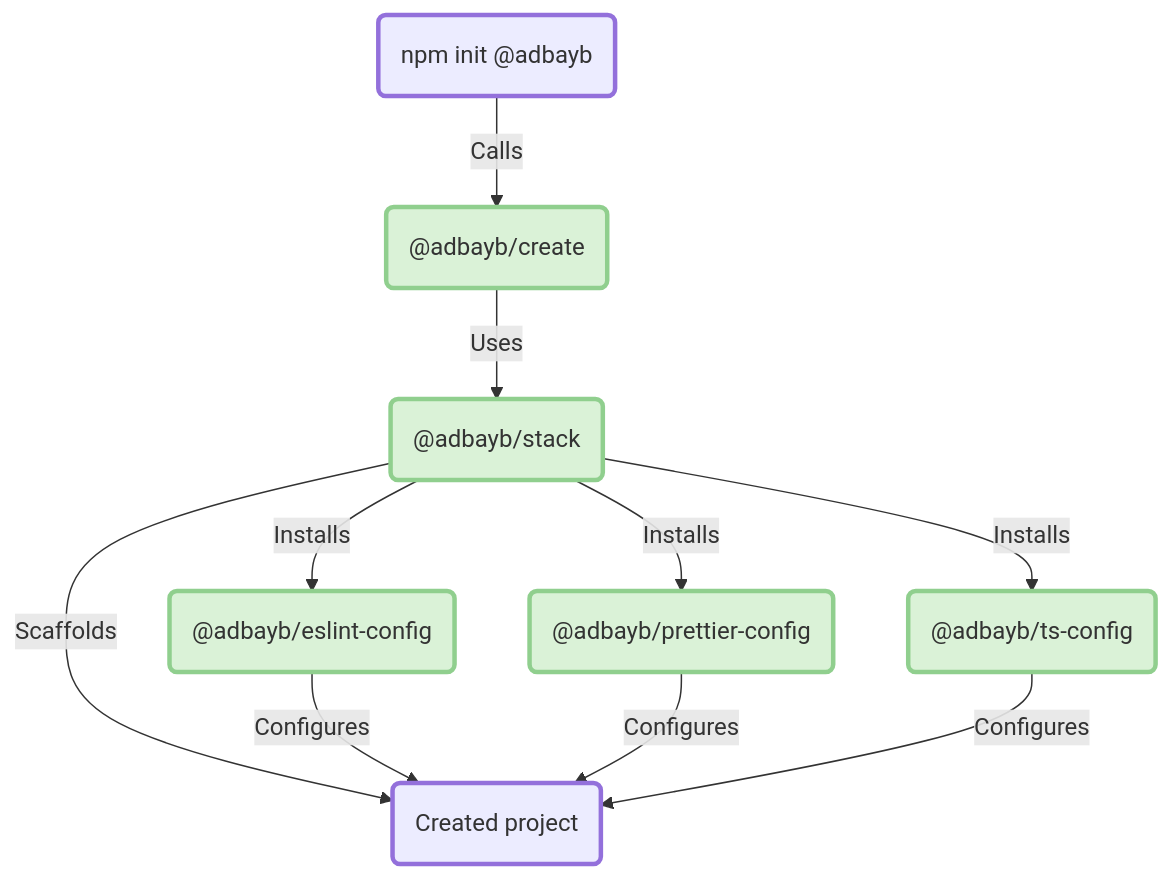
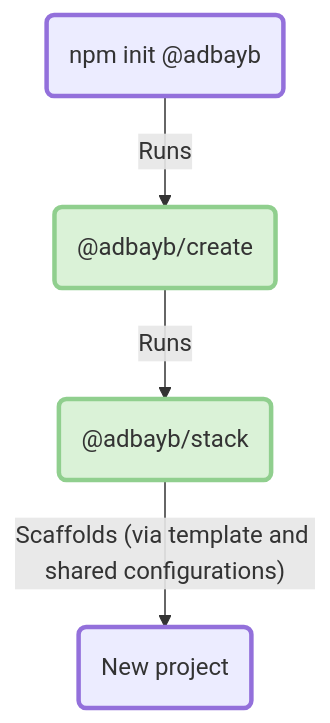
The diagram in applications/stack/README.md (adbayb/stack), drawn with Mermaid before and after one commit. The commit also changed 23 other files, not shown here.

````diff
--- a/applications/stack/README.md
+++ b/applications/stack/README.md
@@ -64,18 +64,9 @@
 ```mermaid
 flowchart TD
-    N("npm init @adbayb"):::strokeWidth -- Calls --> C("@adbayb/create"):::strokeWidth
-    C -- Uses --> S("@adbayb/stack"):::strokeWidth
-    S -- "Installs" --> EC("@adbayb/eslint-config"):::strokeWidth
-    S -- "Installs" --> PC("@adbayb/prettier-config"):::strokeWidth
-    S -- "Installs" --> TC("@adbayb/ts-config"):::strokeWidth
-    S -- "Scaffolds" --> P("Created project"):::strokeWidth
-    EC -- "Configures" --> P
-    PC -- "Configures" --> P
-    TC -- "Configures" --> P
+    N("npm init @adbayb"):::strokeWidth -- Runs --> C("@adbayb/create"):::strokeWidth
+    C -- Runs --> S("@adbayb/stack"):::strokeWidth
+    S -- "Scaffolds (via template and shared configurations)" --> P("New project"):::strokeWidth
     style C fill:#daf2d7,stroke:#90cf8e
     style S fill:#daf2d7,stroke:#90cf8e
-    style EC fill:#daf2d7,stroke:#90cf8e
-    style PC fill:#daf2d7,stroke:#90cf8e
-    style TC fill:#daf2d7,stroke:#90cf8e
     classDef strokeWidth stroke-width:3px
 ```
````
